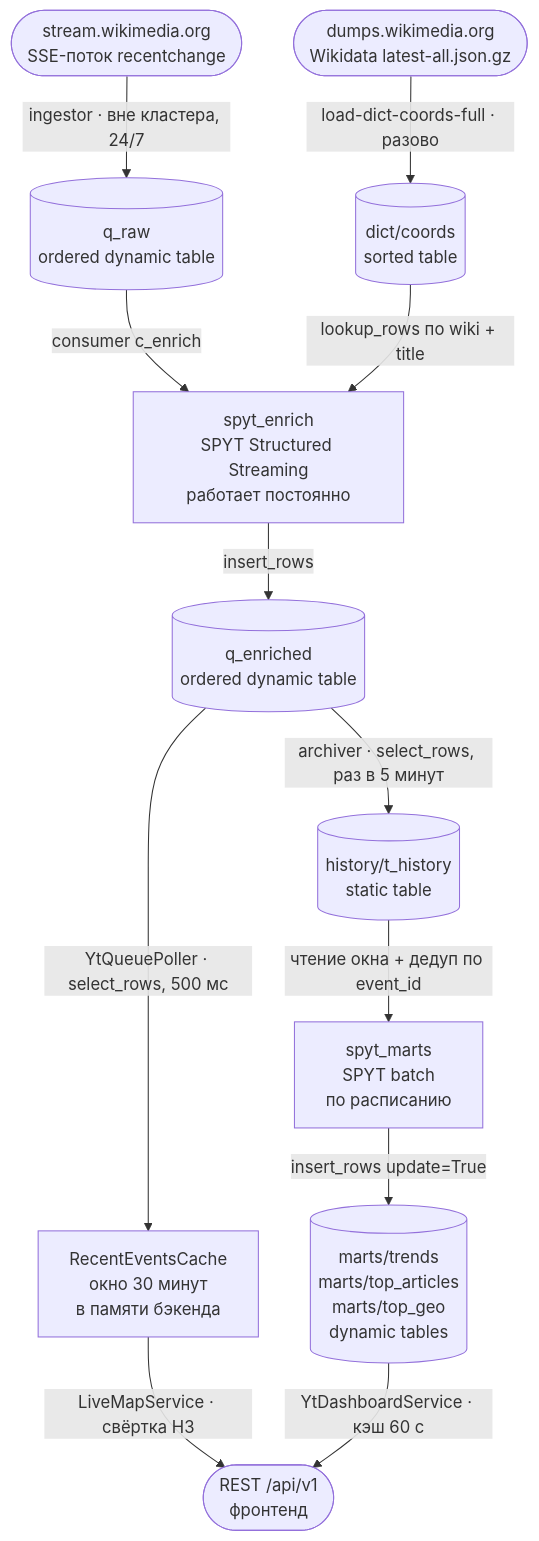
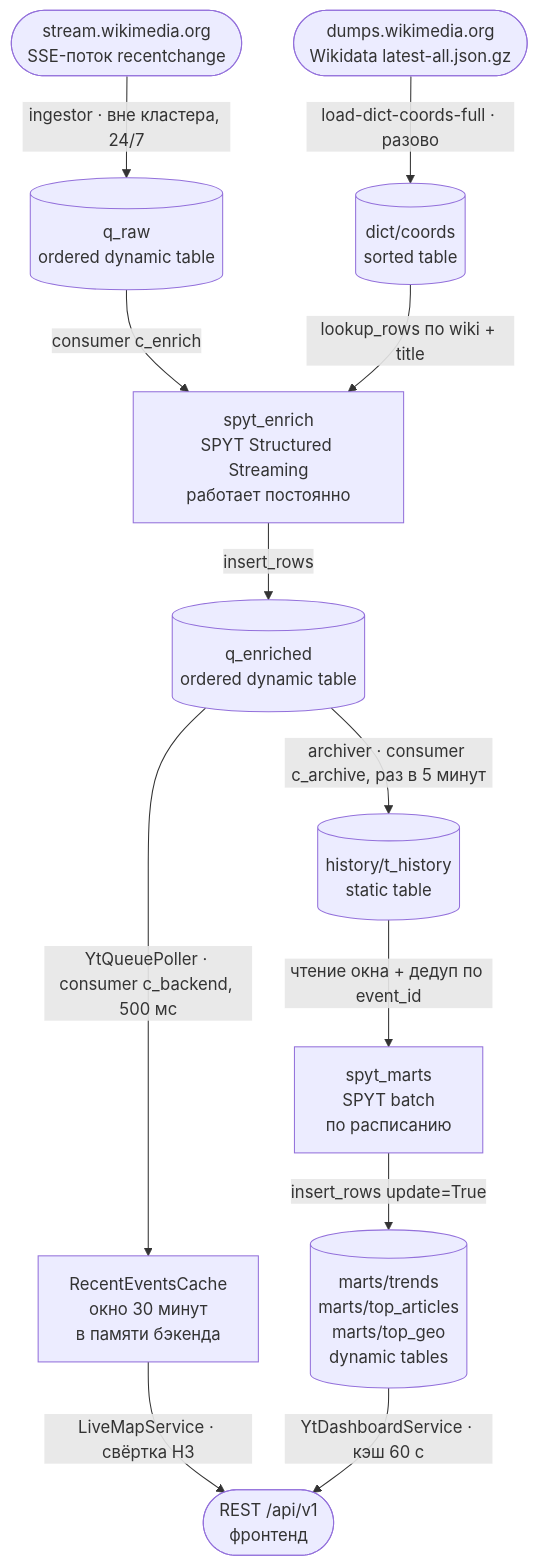
Before and after one commit to yt-wikipulse/wikipulse: the second of 2 diagrams in docs/architecture/pipeline.md, drawn with Mermaid. The commit also changed other lines of this file and 7 other files, not shown here.

````diff
--- a/docs/architecture/pipeline.md
+++ b/docs/architecture/pipeline.md
@@ -110,27 +110,27 @@
 ```mermaid
 flowchart TB
     SSE(["stream.wikimedia.org<br/>SSE-поток recentchange"])
     DUMP(["dumps.wikimedia.org<br/>Wikidata latest-all.json.gz"])
 
     QRAW[("q_raw<br/>ordered dynamic table")]
     COORDS[("dict/coords<br/>sorted table")]
     ENRICH["spyt_enrich<br/>SPYT Structured Streaming<br/>работает постоянно"]
     QENR[("q_enriched<br/>ordered dynamic table")]
     HIST[("history/t_history<br/>static table")]
     MARTSJOB["spyt_marts<br/>SPYT batch<br/>по расписанию"]
     MARTS[("marts/trends<br/>marts/top_articles<br/>marts/top_geo<br/>dynamic tables")]
     CACHE["RecentEventsCache<br/>окно 30 минут<br/>в памяти бэкенда"]
     API(["REST /api/v1<br/>фронтенд"])
 
     SSE -->|"ingestor · вне кластера, 24/7"| QRAW
     DUMP -->|"load-dict-coords-full · разово"| COORDS
     QRAW -->|"consumer c_enrich"| ENRICH
     COORDS -->|"lookup_rows по wiki + title"| ENRICH
     ENRICH -->|"insert_rows"| QENR
-    QENR -->|"YtQueuePoller · select_rows, 500 мс"| CACHE
-    QENR -->|"archiver · select_rows, раз в 5 минут"| HIST
+    QENR -->|"YtQueuePoller · consumer c_backend, 500 мс"| CACHE
+    QENR -->|"archiver · consumer c_archive, раз в 5 минут"| HIST
     HIST -->|"чтение окна + дедуп по event_id"| MARTSJOB
     MARTSJOB -->|"insert_rows update=True"| MARTS
     CACHE -->|"LiveMapService · свёртка H3"| API
     MARTS -->|"YtDashboardService · кэш 60 с"| API
 ```
````
